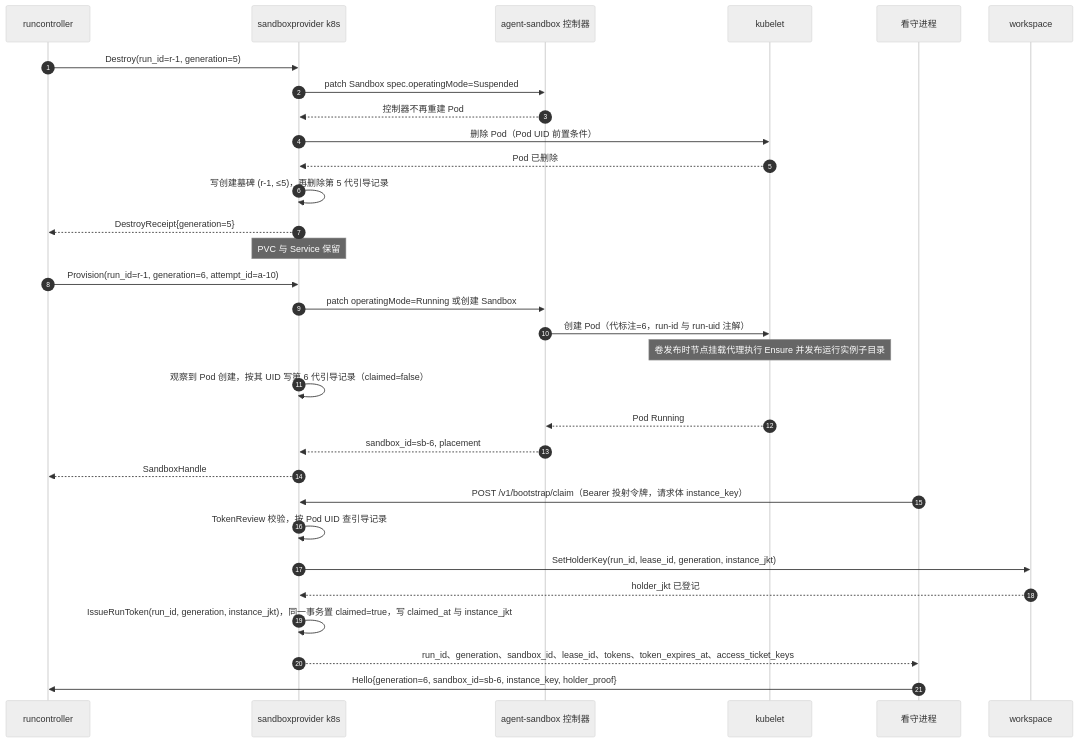
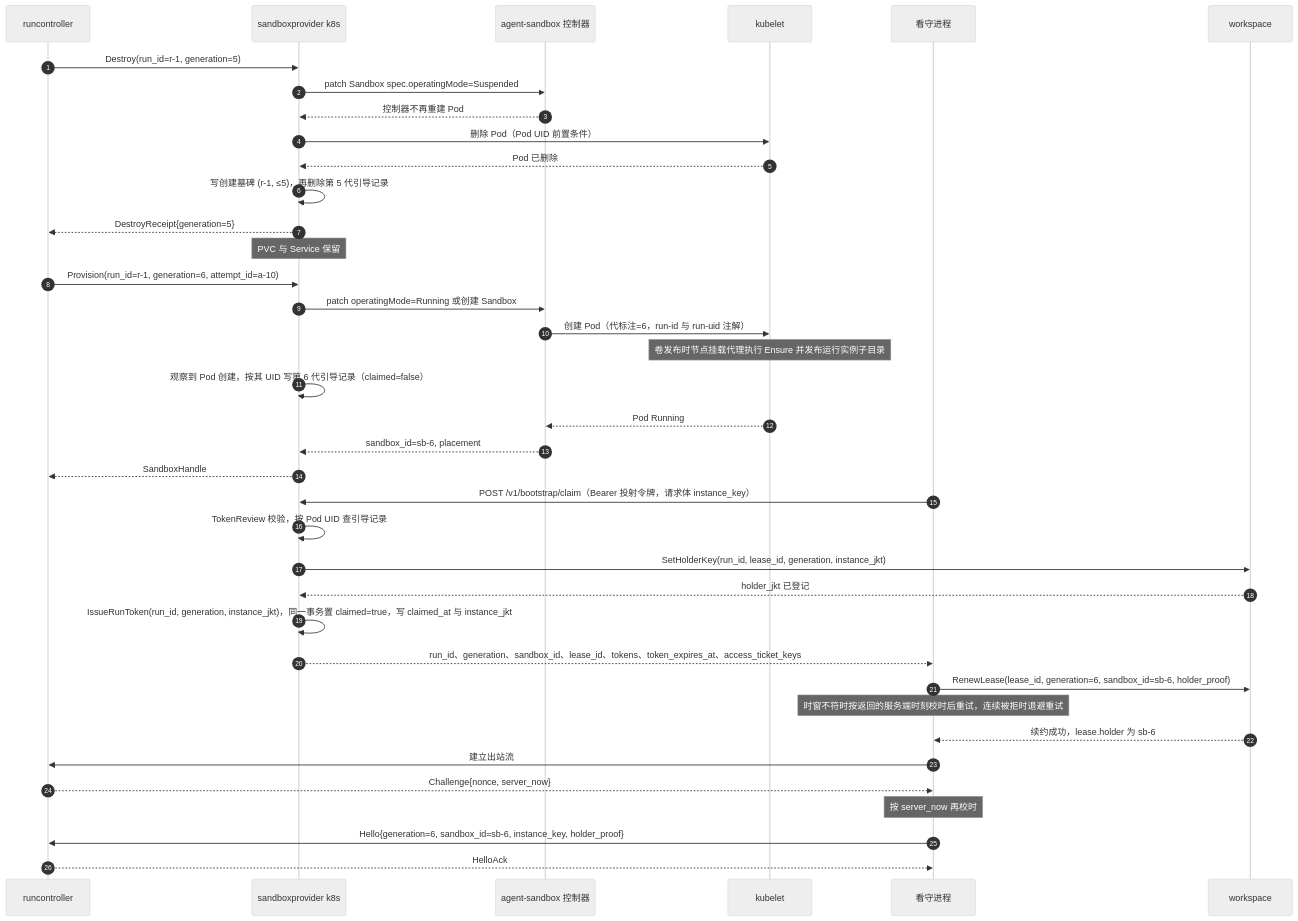
The third of 4 diagrams in docs/design/modules/sandboxprovider/design-sandboxprovider-k8s.md (wangzw/castworks), drawn with Mermaid (neutral theme) before and after one commit. The commit also changed other lines of this file and 35 other files, not shown here.

````diff
--- a/docs/design/modules/sandboxprovider/design-sandboxprovider-k8s.md
+++ b/docs/design/modules/sandboxprovider/design-sandboxprovider-k8s.md
@@ -284,35 +285,42 @@
 ```mermaid
 sequenceDiagram
     autonumber
     participant R as runcontroller
     participant P as sandboxprovider k8s
     participant A as agent-sandbox 控制器
     participant K as kubelet
     participant W as 看守进程
     participant V as workspace
 
     R->>P: Destroy(run_id=r-1, generation=5)
     P->>A: patch Sandbox spec.operatingMode=Suspended
     A-->>P: 控制器不再重建 Pod
     P->>K: 删除 Pod（Pod UID 前置条件）
     K-->>P: Pod 已删除
     P->>P: 写创建墓碑 (r-1, ≤5)，再删除第 5 代引导记录
     P-->>R: DestroyReceipt{generation=5}
     Note over P: PVC 与 Service 保留
 
     R->>P: Provision(run_id=r-1, generation=6, attempt_id=a-10)
     P->>A: patch operatingMode=Running 或创建 Sandbox
     A->>K: 创建 Pod（代标注=6，run-id 与 run-uid 注解）
     Note over K: 卷发布时节点挂载代理执行 Ensure 并发布运行实例子目录
     P->>P: 观察到 Pod 创建，按其 UID 写第 6 代引导记录（claimed=false）
     K-->>A: Pod Running
     A-->>P: sandbox_id=sb-6, placement
     P-->>R: SandboxHandle
     W->>P: POST /v1/bootstrap/claim（Bearer 投射令牌，请求体 instance_key）
     P->>P: TokenReview 校验，按 Pod UID 查引导记录
     P->>V: SetHolderKey(run_id, lease_id, generation, instance_jkt)
     V-->>P: holder_jkt 已登记
     P->>P: IssueRunToken(run_id, generation, instance_jkt)，同一事务置 claimed=true，写 claimed_at 与 instance_jkt
     P-->>W: run_id、generation、sandbox_id、lease_id、tokens、token_expires_at、access_ticket_keys
+    W->>V: RenewLease(lease_id, generation=6, sandbox_id=sb-6, holder_proof)
+    Note over W: 时窗不符时按返回的服务端时刻校时后重试，连续被拒时退避重试
+    V-->>W: 续约成功，lease.holder 为 sb-6
+    W->>R: 建立出站流
+    R-->>W: Challenge{nonce, server_now}
+    Note over W: 按 server_now 再校时
     W->>R: Hello{generation=6, sandbox_id=sb-6, instance_key, holder_proof}
+    R-->>W: HelloAck
 ```
````
